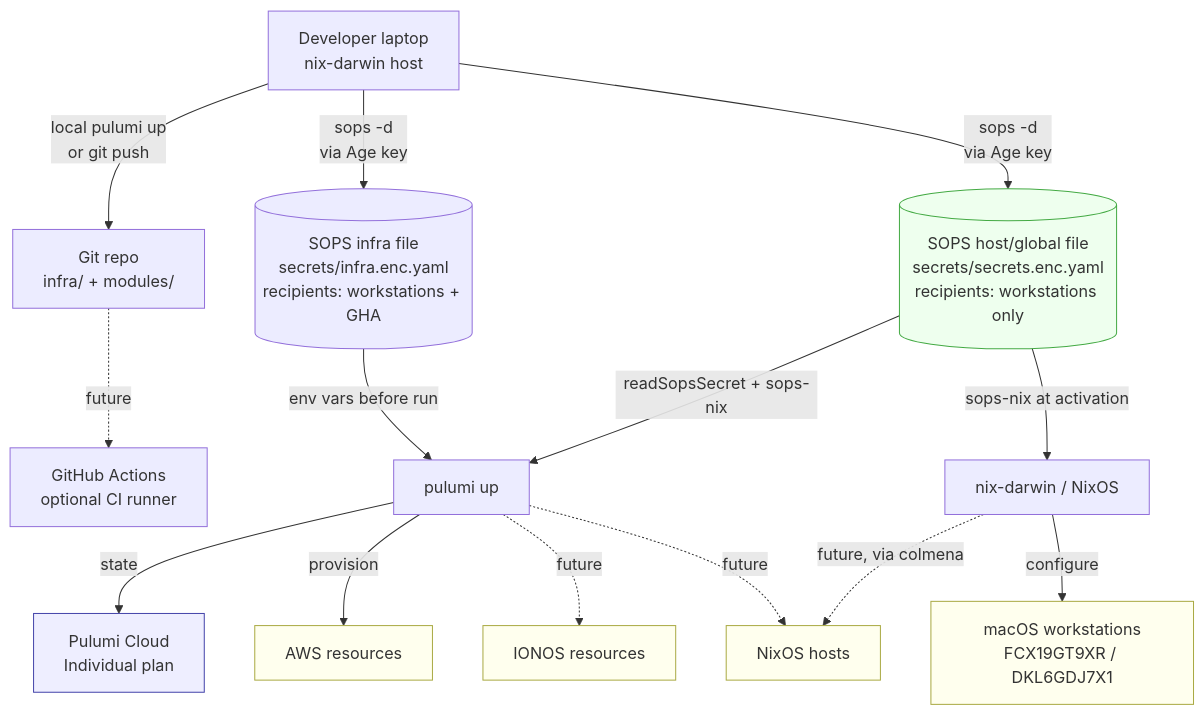
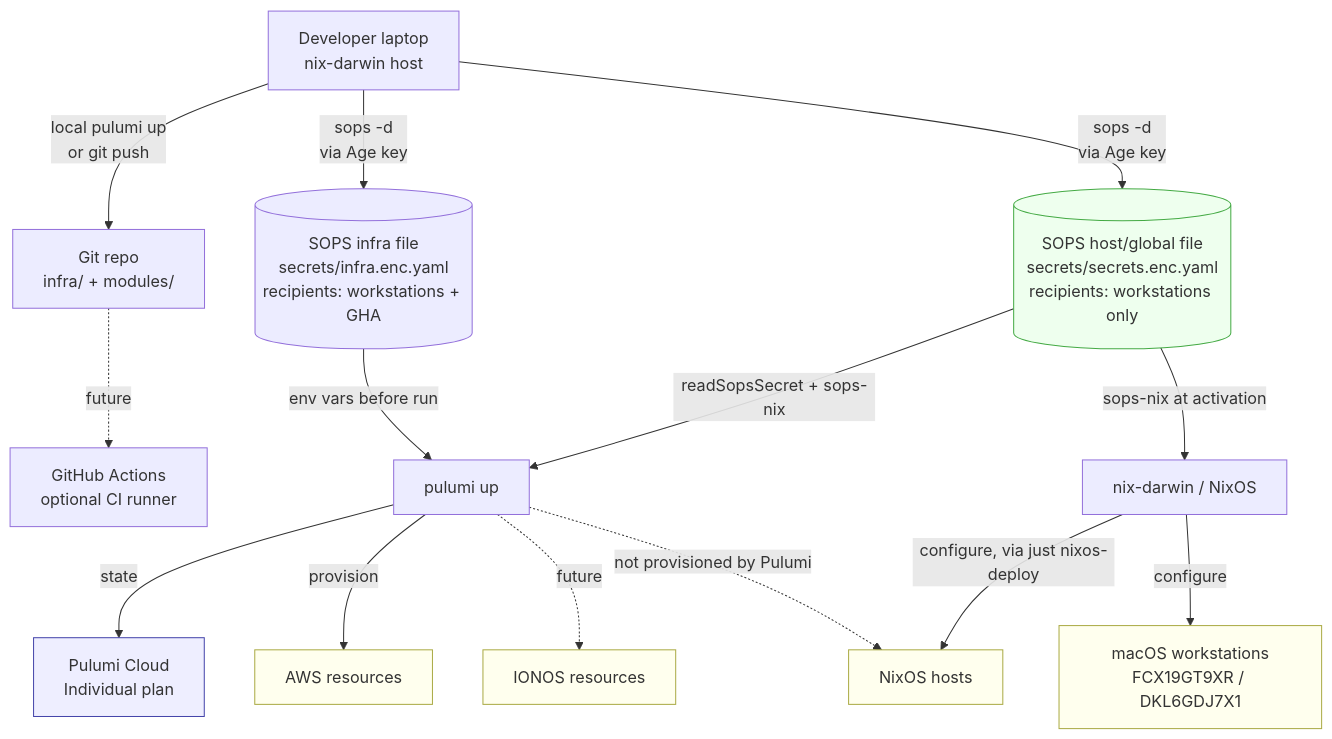
One commit to geggo98/dotfiles changed the first of 3 diagrams in infra/Architecture.md. Above: the diagram before and after it, drawn with Mermaid. The commit also changed other lines of this file and 4 other files, not shown here.

````diff
--- a/infra/Architecture.md
+++ b/infra/Architecture.md
@@ -14,26 +14,26 @@
 ```mermaid
 flowchart TB
     Dev[Developer laptop<br/>nix-darwin host] -->|local pulumi up<br/>or git push| Repo[Git repo<br/>infra/ + modules/]
     Repo -.->|future| GHA[GitHub Actions<br/>optional CI runner]
 
     Dev -->|sops -d<br/>via Age key| INFRA[(SOPS infra file<br/>secrets/infra.enc.yaml<br/>recipients: workstations + GHA)]
     Dev -->|sops -d<br/>via Age key| SOPS[(SOPS host/global file<br/>secrets/secrets.enc.yaml<br/>recipients: workstations only)]
     INFRA -->|env vars before run| Pulumi[pulumi up]
     SOPS -->|readSopsSecret + sops-nix| Pulumi
     SOPS -->|sops-nix at activation| Nix[nix-darwin / NixOS]
 
     Pulumi -->|state| PC[Pulumi Cloud<br/>Individual plan]
     Pulumi -->|provision| AWS[AWS resources]
     Pulumi -.->|future| IONOS[IONOS resources]
-    Pulumi -.->|future| Hosts[NixOS hosts]
+    Pulumi -.->|not provisioned by Pulumi| Hosts[NixOS hosts]
 
     Nix -->|configure| MAC[macOS workstations<br/>FCX19GT9XR / DKL6GDJ7X1]
-    Nix -.->|future, via colmena| Hosts
+    Nix -->|configure, via just nixos-deploy| Hosts
 
     classDef state fill:#eef,stroke:#44a
     classDef secret fill:#efe,stroke:#4a4
     classDef target fill:#ffe,stroke:#aa4
     class PC state
     class SOPS secret
     class AWS,IONOS,MAC,Hosts target
 ```
````
